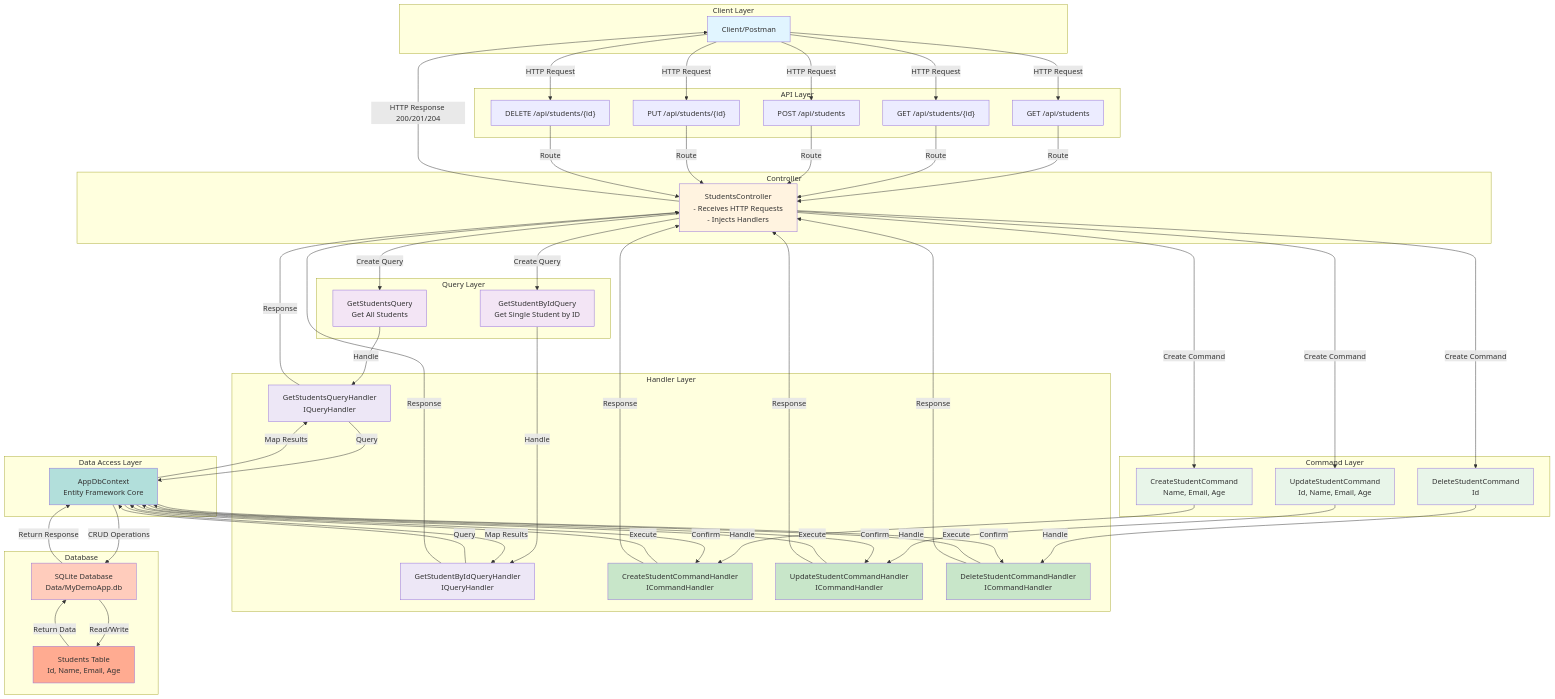
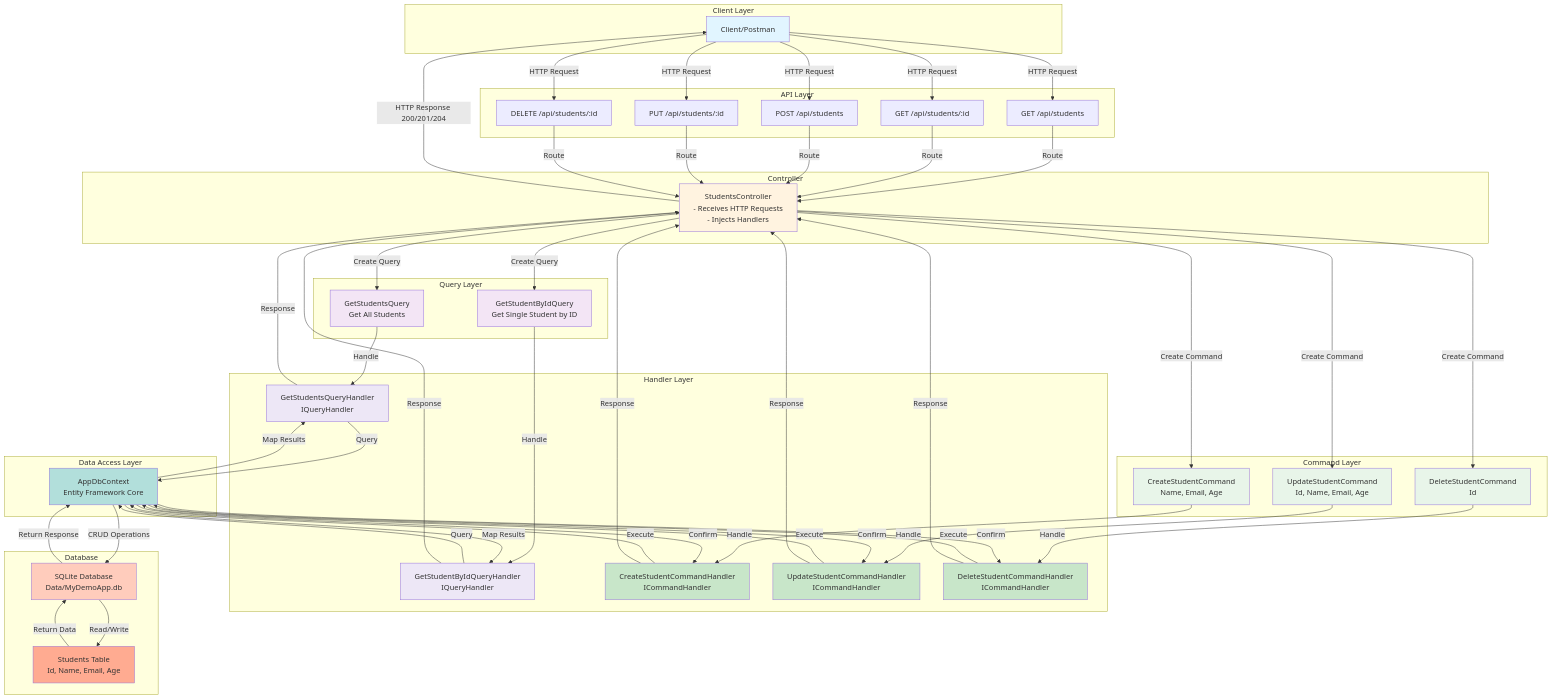
The first of 4 diagrams in README.md (UmmeAyeshaKazi/Simple_CQRS_Pattern), drawn with Mermaid before and after one commit. The commit also changed other lines of this file, not shown here.

Commit message:
Update API endpoint documentation to use path parameters syntax

```diff
--- a/README.md
+++ b/README.md
@@ -24,10 +24,10 @@
 
     subgraph "API Layer"
         GET["GET /api/students"]
-        GETID["GET /api/students/{id}"]
+        GETID["GET /api/students/:id"]
         POST["POST /api/students"]
-        PUT["PUT /api/students/{id}"]
-        DELETE["DELETE /api/students/{id}"]
+        PUT["PUT /api/students/:id"]
+        DELETE["DELETE /api/students/:id"]
     end
 
     subgraph "Controller"
```
